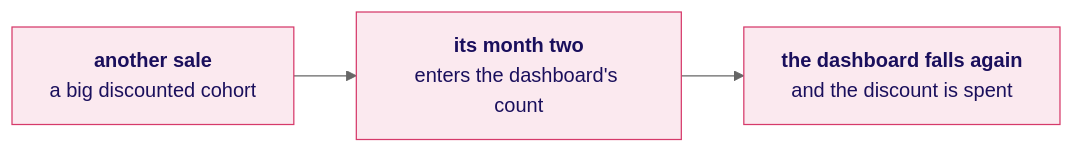
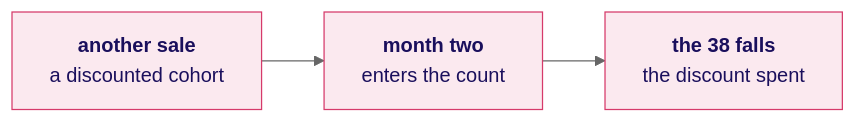
The third of 5 diagrams in content/W04/D4/slides/C2_W04_D04_half2_STUDENT.md (fde-academy-lab/c2-content-factory), drawn with Mermaid (neutral theme) before and after one commit. The commit also changed other lines of this file and 11 other files, not shown here.

````diff
--- a/content/W04/D4/slides/C2_W04_D04_half2_STUDENT.md
+++ b/content/W04/D4/slides/C2_W04_D04_half2_STUDENT.md
@@ -88,7 +260,7 @@
 ```mermaid
 flowchart LR
-    A["<b>another sale</b><br/>a big discounted cohort"] --> B["<b>its month two</b><br/>enters the dashboard's count"]
-    B --> C["<b>the dashboard falls again</b><br/>and the discount is spent"]
+    A["<b>another sale</b><br/>a discounted cohort"] --> B["<b>month two</b><br/>enters the count"]
+    B --> C["<b>the 38 falls</b><br/>the discount spent"]
     classDef bad fill:#FBE9EF,stroke:#D63A6A,color:#1A0F5C
     class A,B,C bad
 ```
````
